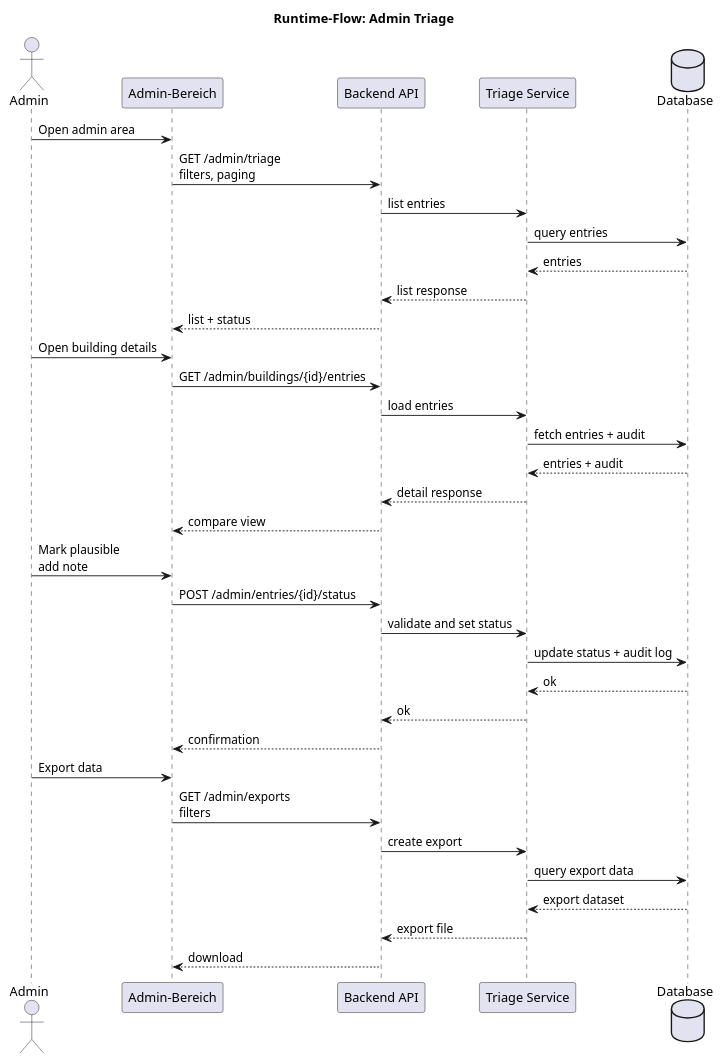
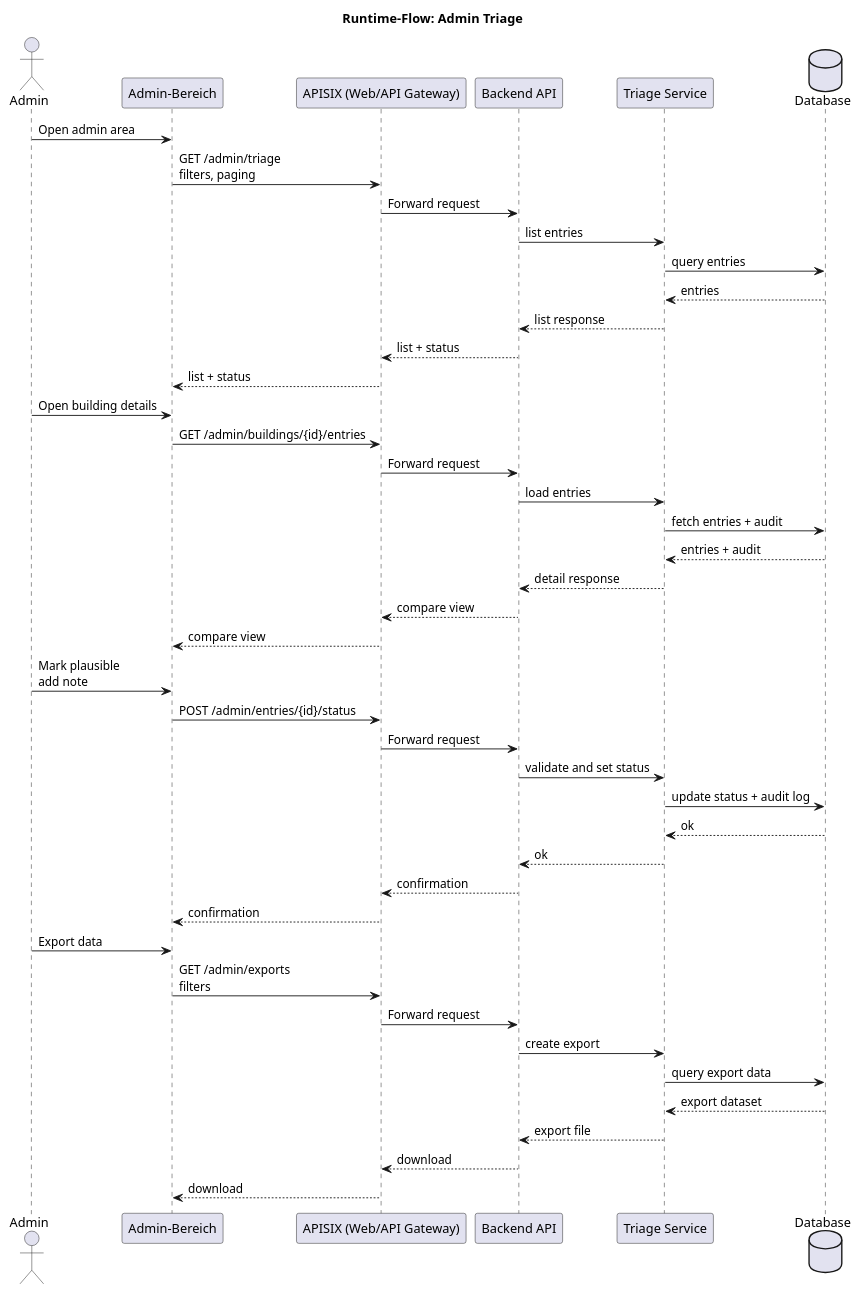
Before and after one commit to csi-FOXBYTE/Regensburg_DigitalerEnergieZwilling_Backend: the diagram in docs/architecture/raw/runtime-flow-admin-triage.puml, drawn with PlantUML. The commit also changed 36 other files, not shown here.

```diff
--- a/docs/architecture/raw/runtime-flow-admin-triage.puml
+++ b/docs/architecture/raw/runtime-flow-admin-triage.puml
@@ -1,42 +1,51 @@
 @startuml
 title Runtime-Flow: Admin Triage
 
 actor Admin
 participant "Admin-Bereich" as ui
+participant "APISIX (Web/API Gateway)" as gateway
 participant "Backend API" as api
 participant "Triage Service" as triage
 database "Database" as db
 
 Admin -> ui : Open admin area
-ui -> api : GET /admin/triage\nfilters, paging
+ui -> gateway : GET /admin/triage\nfilters, paging
+gateway -> api : Forward request
 api -> triage : list entries
 triage -> db : query entries
 db --> triage : entries
 triage --> api : list response
-api --> ui : list + status
+api --> gateway : list + status
+gateway --> ui : list + status
 
 Admin -> ui : Open building details
-ui -> api : GET /admin/buildings/{id}/entries
+ui -> gateway : GET /admin/buildings/{id}/entries
+gateway -> api : Forward request
 api -> triage : load entries
 triage -> db : fetch entries + audit
 db --> triage : entries + audit
 triage --> api : detail response
-api --> ui : compare view
+api --> gateway : compare view
+gateway --> ui : compare view
 
 Admin -> ui : Mark plausible\nadd note
-ui -> api : POST /admin/entries/{id}/status
+ui -> gateway : POST /admin/entries/{id}/status
+gateway -> api : Forward request
 api -> triage : validate and set status
 triage -> db : update status + audit log
 db --> triage : ok
 triage --> api : ok
-api --> ui : confirmation
+api --> gateway : confirmation
+gateway --> ui : confirmation
 
 Admin -> ui : Export data
-ui -> api : GET /admin/exports\nfilters
+ui -> gateway : GET /admin/exports\nfilters
+gateway -> api : Forward request
 api -> triage : create export
 triage -> db : query export data
 db --> triage : export dataset
 triage --> api : export file
-api --> ui : download
+api --> gateway : download
+gateway --> ui : download
 
 @enduml
```
